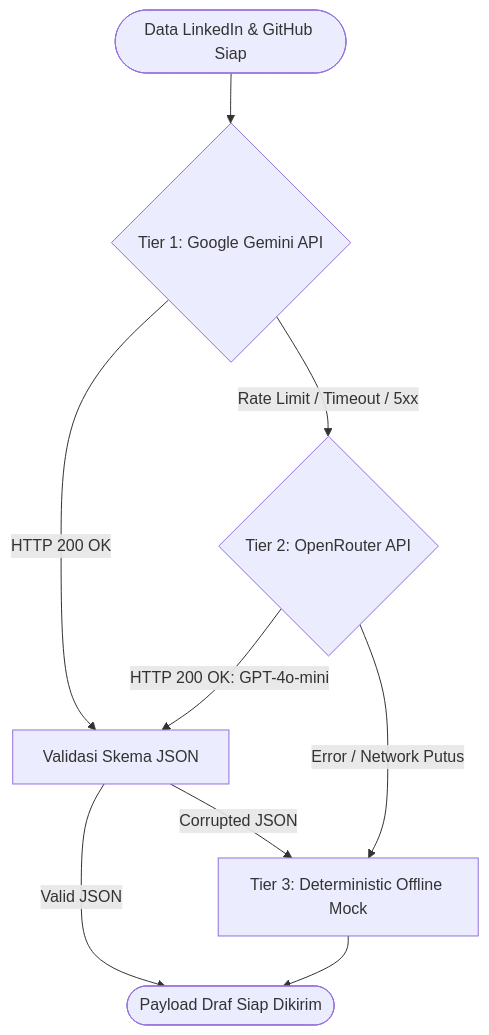
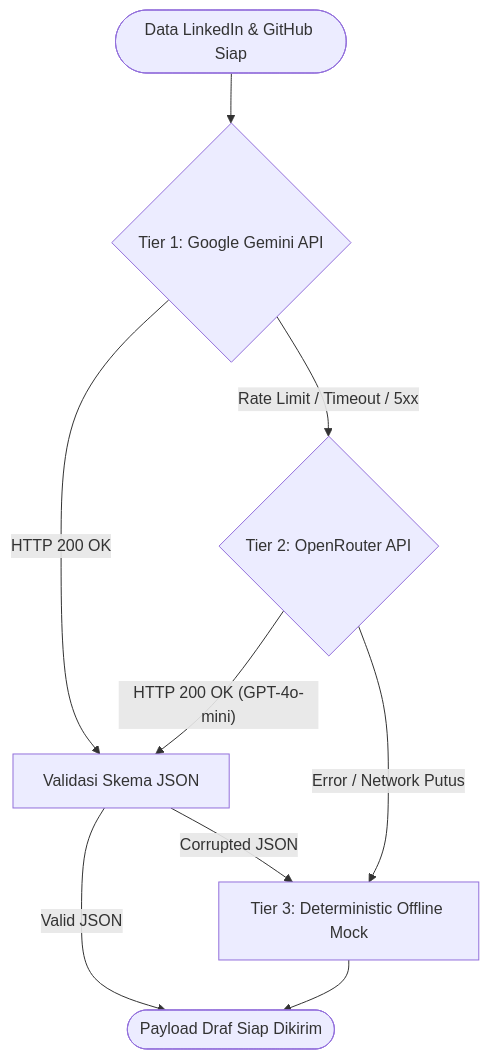
The diagram in Docs/GenAI-Integration.md (Trio-PENS-Otomatisasi-Pembuatan-CV/AutoCV-Robot), drawn with Mermaid before and after one commit. The commit also changed other lines of this file and 5 other files, not shown here.

Commit message:
docs: enhance comprehensive technical architecture and workflow documentation

````diff
--- a/Docs/GenAI-Integration.md
+++ b/Docs/GenAI-Integration.md
@@ -31,13 +31,13 @@
 ```mermaid
 flowchart TD
-    Start([Data LinkedIn & GitHub Siap]) --> T1{Tier 1: Google Gemini API}
-    T1 -->|HTTP 200 OK| Validate[Validasi Skema JSON]
-    T1 -->|Rate Limit / Timeout / 5xx| T2{Tier 2: OpenRouter API}
+    Start(["Data LinkedIn & GitHub Siap"]) --> T1{"Tier 1: Google Gemini API"}
+    T1 -->|"HTTP 200 OK"| Validate["Validasi Skema JSON"]
+    T1 -->|"Rate Limit / Timeout / 5xx"| T2{"Tier 2: OpenRouter API"}
     
-    T2 -->|HTTP 200 OK: GPT-4o-mini| Validate
-    T2 -->|Error / Network Putus| T3[Tier 3: Deterministic Offline Mock]
+    T2 -->|"HTTP 200 OK (GPT-4o-mini)"| Validate
+    T2 -->|"Error / Network Putus"| T3["Tier 3: Deterministic Offline Mock"]
     
-    Validate -->|Valid JSON| Output([Payload Draf Siap Dikirim])
-    Validate -->|Corrupted JSON| T3
+    Validate -->|"Valid JSON"| Output(["Payload Draf Siap Dikirim"])
+    Validate -->|"Corrupted JSON"| T3
     T3 --> Output
 ```
````
